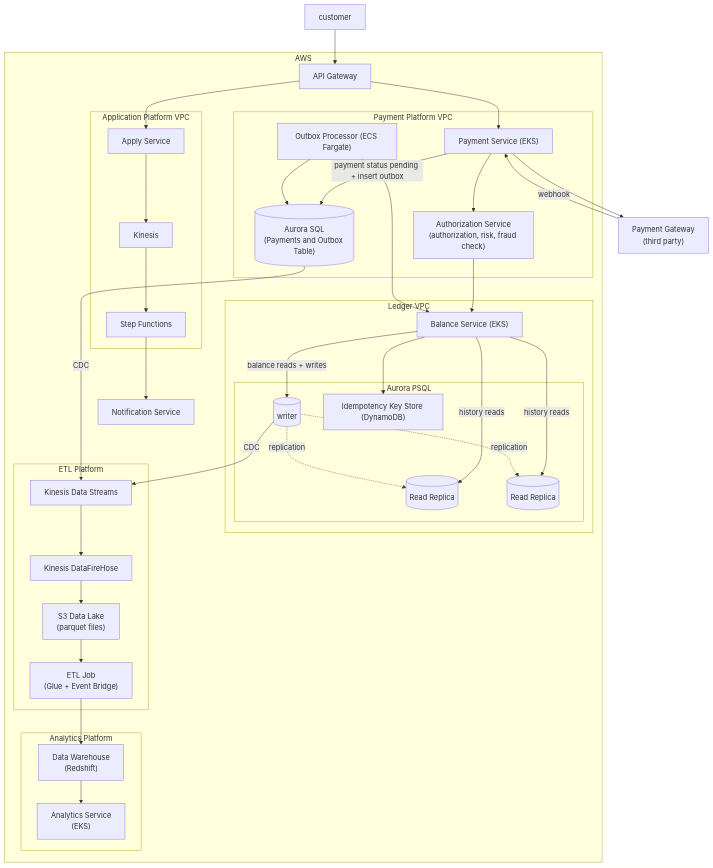
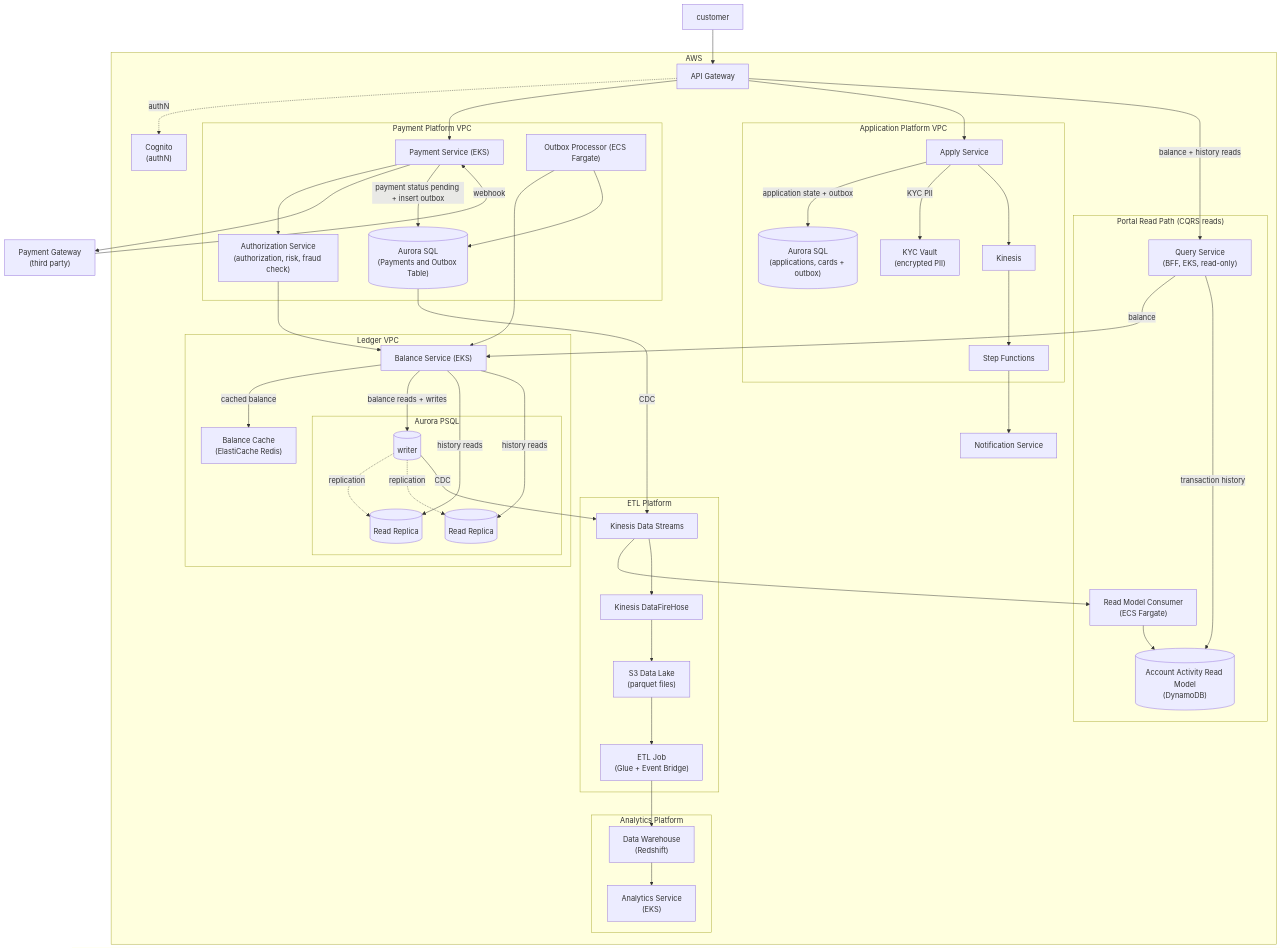
One commit to Daniel-Ibarrola/leetcode changed the diagram in interview-prep/capital_one/banking_platform_small.md. Above: the diagram before and after it, drawn with Mermaid. The commit also changed other lines of this file, not shown here.

Commit message:
expand banking platform design doc: detailed storage schema, portal read path (balance+history), idempotency patterns, and card application flow

```diff
--- a/interview-prep/capital_one/banking_platform_small.md
+++ b/interview-prep/capital_one/banking_platform_small.md
@@ -18,6 +18,13 @@
 
     subgraph Cloud["AWS"]
         APIGW["API Gateway"]
+        Cognito["Cognito<br/>(authN)"]
+
+        subgraph PortalReadPath["Portal Read Path (CQRS reads)"]
+            QueryService["Query Service<br/>(BFF, EKS, read-only)"]
+            ReadModelConsumer["Read Model Consumer<br/>(ECS Fargate)"]
+            ReadModelDB[("Account Activity Read Model<br/>(DynamoDB)")]
+        end
 
 
         subgraph PaymentPlatform["Payment Platform VPC"]
@@ -33,16 +40,18 @@
             ApplyService["Apply Service"]
             ApplicationKinesis["Kinesis"]
             ApplicationSF["Step Functions"]
+            ApplicationDB[("Aurora SQL<br/>(applications, cards + outbox)")]
+            KYCVault["KYC Vault<br/>(encrypted PII)"]
         end
 
         subgraph LedgerPlatform["Ledger VPC"]
             BalanceService["Balance Service (EKS)"]
+            BalanceCache["Balance Cache<br/>(ElastiCache Redis)"]
 
             subgraph LedgerDB["Aurora PSQL"]
                 Writer[("writer")]
                 RR1[("Read Replica")]
                 RR2[("Read Replica")]
-                IKS["Idempotency Key Store (DynamoDB)"]
             end 
         end
 
@@ -64,9 +73,16 @@
     PGW["Payment Gateway<br/>(third party)"]
 
     Client --> APIGW
-    
+    APIGW -.-> |authN| Cognito
+
     APIGW --> PaymentService
     APIGW --> ApplyService
+    APIGW --> |balance + history reads| QueryService
+
+    QueryService --> |balance| BalanceService
+    QueryService --> |transaction history| ReadModelDB
+    BalanceService --> |cached balance| BalanceCache
+    KinesisETL --> ReadModelConsumer --> ReadModelDB
     
     PaymentService --> AuthorizationService
     PaymentService --> PGW
@@ -77,11 +93,12 @@
     OutboxProcessor --> PaymentDB
     PaymentDB --> |CDC| KinesisETL
 
+    ApplyService --> |application state + outbox| ApplicationDB
+    ApplyService --> |KYC PII| KYCVault
     ApplyService --> ApplicationKinesis --> ApplicationSF --> NotificationService
 
     BalanceService --> |balance reads + writes| Writer
     BalanceService --> |history reads| RR1 & RR2
-    BalanceService --> IKS
     Writer -. replication .-> RR1 & RR2
     Writer --> |CDC| KinesisETL
 
```
